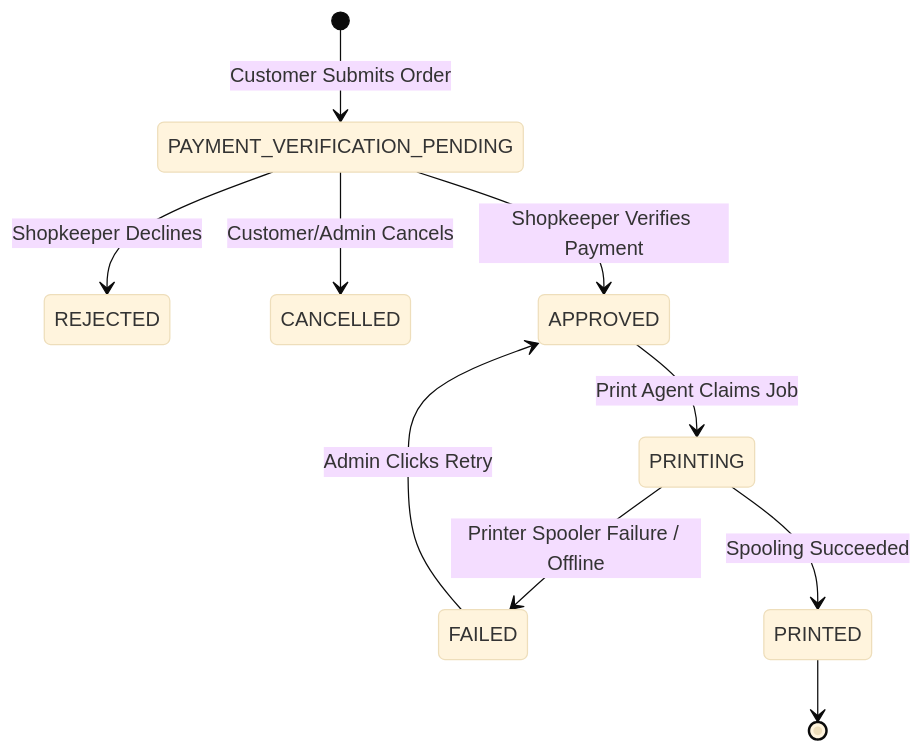
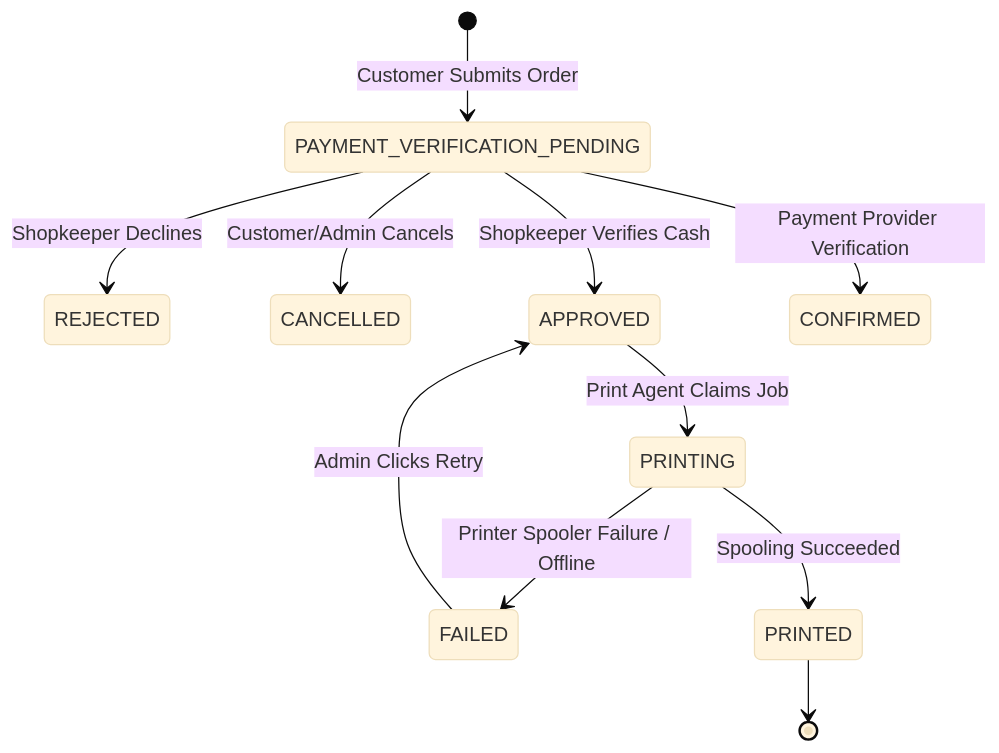
The second of 2 diagrams in docs/ARCHITECTURE.md (subham-25-prog/Quick-Print), drawn with Mermaid (base theme) before and after one commit. The commit also changed other lines of this file and 18 other files, not shown here.

````diff
--- a/docs/ARCHITECTURE.md
+++ b/docs/ARCHITECTURE.md
@@ -44,13 +44,14 @@
 ```mermaid
 stateDiagram-v2
     [*] --> PAYMENT_VERIFICATION_PENDING: Customer Submits Order
     PAYMENT_VERIFICATION_PENDING --> REJECTED: Shopkeeper Declines
     PAYMENT_VERIFICATION_PENDING --> CANCELLED: Customer/Admin Cancels
-    PAYMENT_VERIFICATION_PENDING --> APPROVED: Shopkeeper Verifies Payment
+    PAYMENT_VERIFICATION_PENDING --> APPROVED: Shopkeeper Verifies Cash
+    PAYMENT_VERIFICATION_PENDING --> CONFIRMED: Payment Provider Verification
     
     APPROVED --> PRINTING: Print Agent Claims Job
     PRINTING --> FAILED: Printer Spooler Failure / Offline
     FAILED --> APPROVED: Admin Clicks Retry
     PRINTING --> PRINTED: Spooling Succeeded
     PRINTED --> [*]
 ```
````
